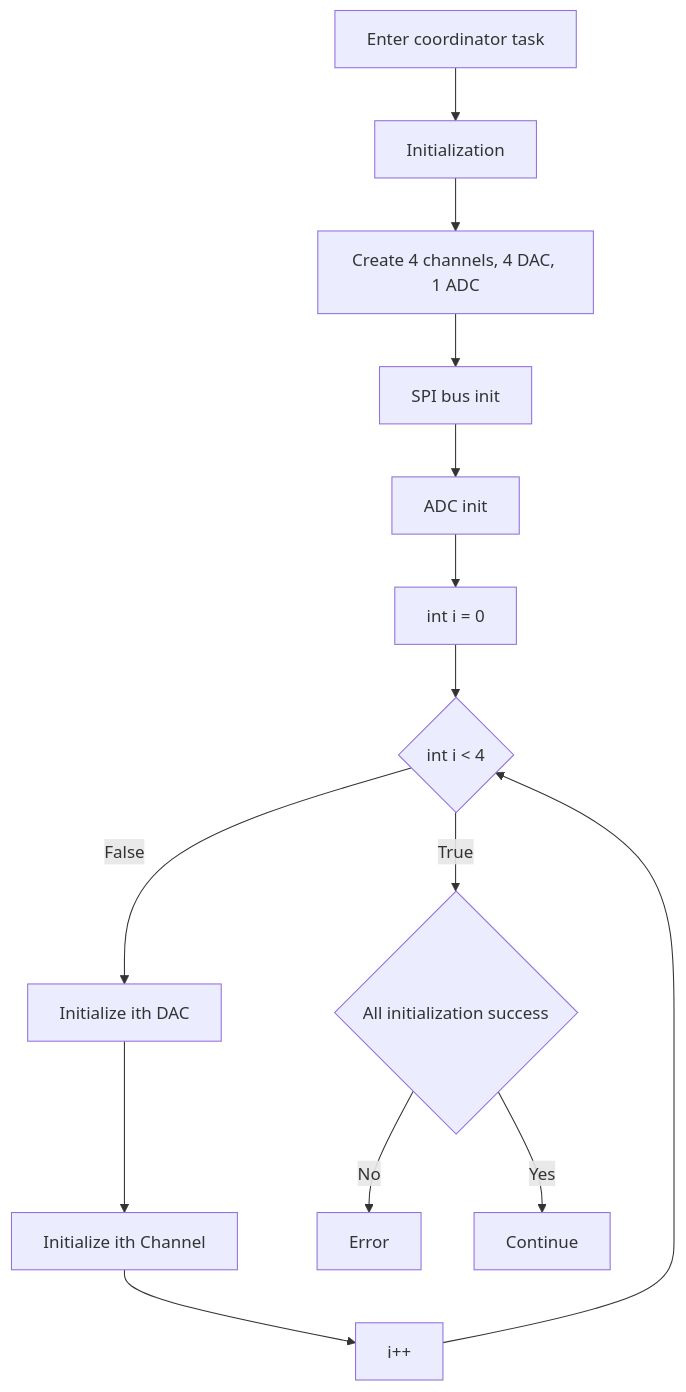
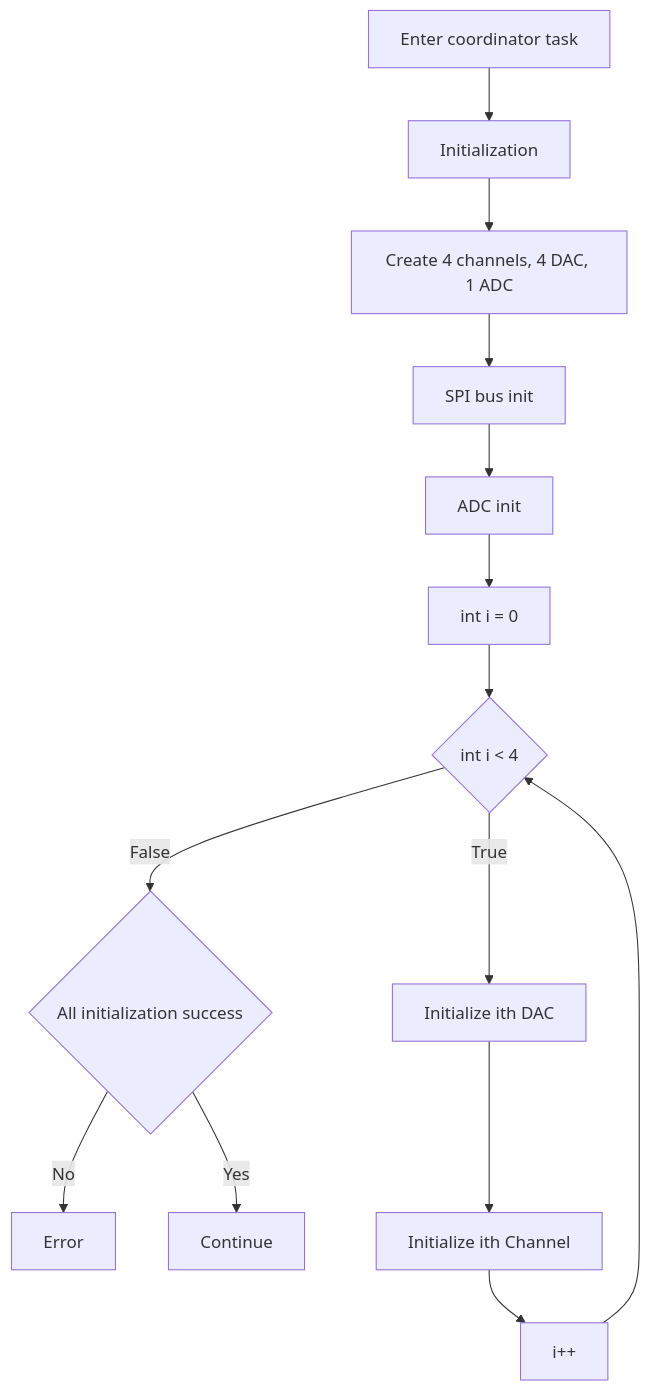
Before and after one commit to avi-guha/multi-channel-voltage-source-fw: the diagram in documentation/flow_charts/coordinator/coordinator_1.mmd, drawn with Mermaid. The commit also changed 8 other files, not shown here.

```diff
--- a/documentation/flow_charts/coordinator/coordinator_1.mmd
+++ b/documentation/flow_charts/coordinator/coordinator_1.mmd
@@ -1,14 +1,14 @@
 graph TD
     A[Enter coordinator task] --> B[Initialization] 
     B --> C[Create 4 channels, 4 DAC, 1 ADC]
     C --> D[SPI bus init] 
     D --> E[ADC init]
     E --> F[int i = 0]
     F --> G{int i < 4}
-    G --> |False| K[Initialize ith DAC]
+    G --> |False| H{All initialization success}
+    H --> |No| I[Error]
+    H --> |Yes| J[Continue]
+    G --> |True| K[Initialize ith DAC]
     K --> L[Initialize ith Channel]
     L --> M[i++]
     M --> G
-    G --> |True| H{All initialization success}
-    H --> |No| I[Error]
-    H --> |Yes| J[Continue]
```
